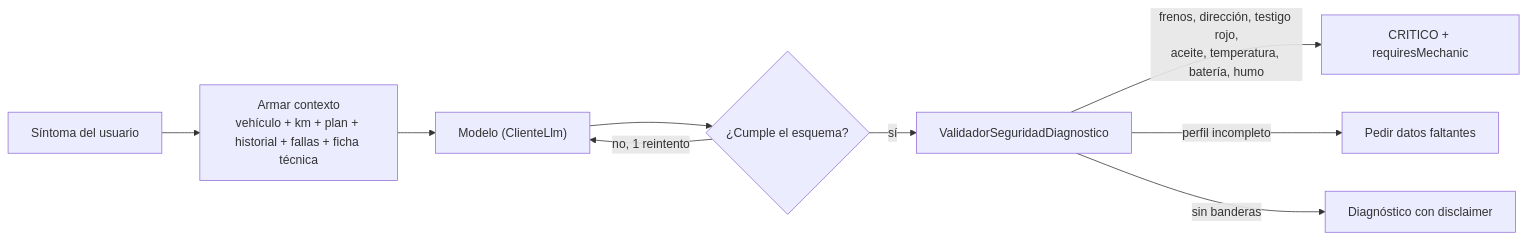
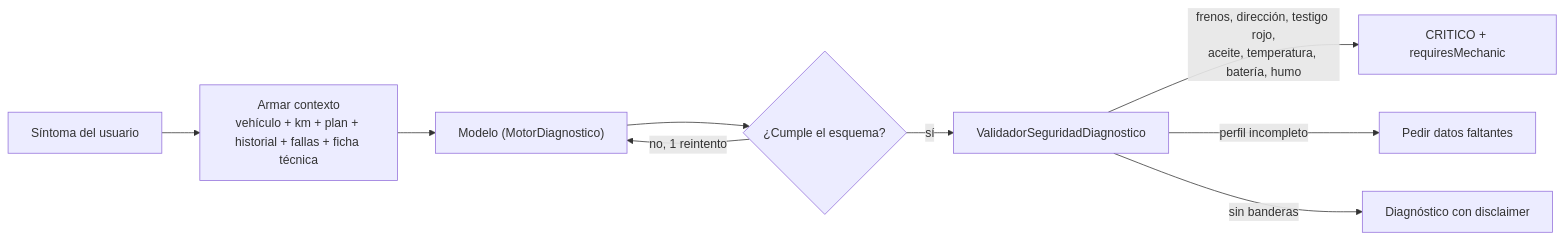
One commit to PaLuRoBu0809/WEVEH-CAR-ASSISTANT changed the diagram in plugins/weveh-dev/skills/mecanico-ia/SKILL.md. Above: the diagram before and after it, drawn with Mermaid. The commit also changed other lines of this file and 7 other files, not shown here.

````diff
--- a/plugins/weveh-dev/skills/mecanico-ia/SKILL.md
+++ b/plugins/weveh-dev/skills/mecanico-ia/SKILL.md
@@ -12,11 +12,11 @@
 ```mermaid
 flowchart LR
   S["Síntoma del usuario"] --> C["Armar contexto<br/>vehículo + km + plan + historial + fallas + ficha técnica"]
-  C --> M["Modelo (ClienteLlm)"]
+  C --> M["Modelo (MotorDiagnostico)"]
   M --> E{"¿Cumple el esquema?"}
   E -- "no, 1 reintento" --> M
   E -- "sí" --> V["ValidadorSeguridadDiagnostico"]
   V -- "frenos, dirección, testigo rojo,<br/>aceite, temperatura, batería, humo" --> CR["CRITICO + requiresMechanic"]
   V -- "perfil incompleto" --> PD["Pedir datos faltantes"]
   V -- "sin banderas" --> OK["Diagnóstico con disclaimer"]
 ```
````
